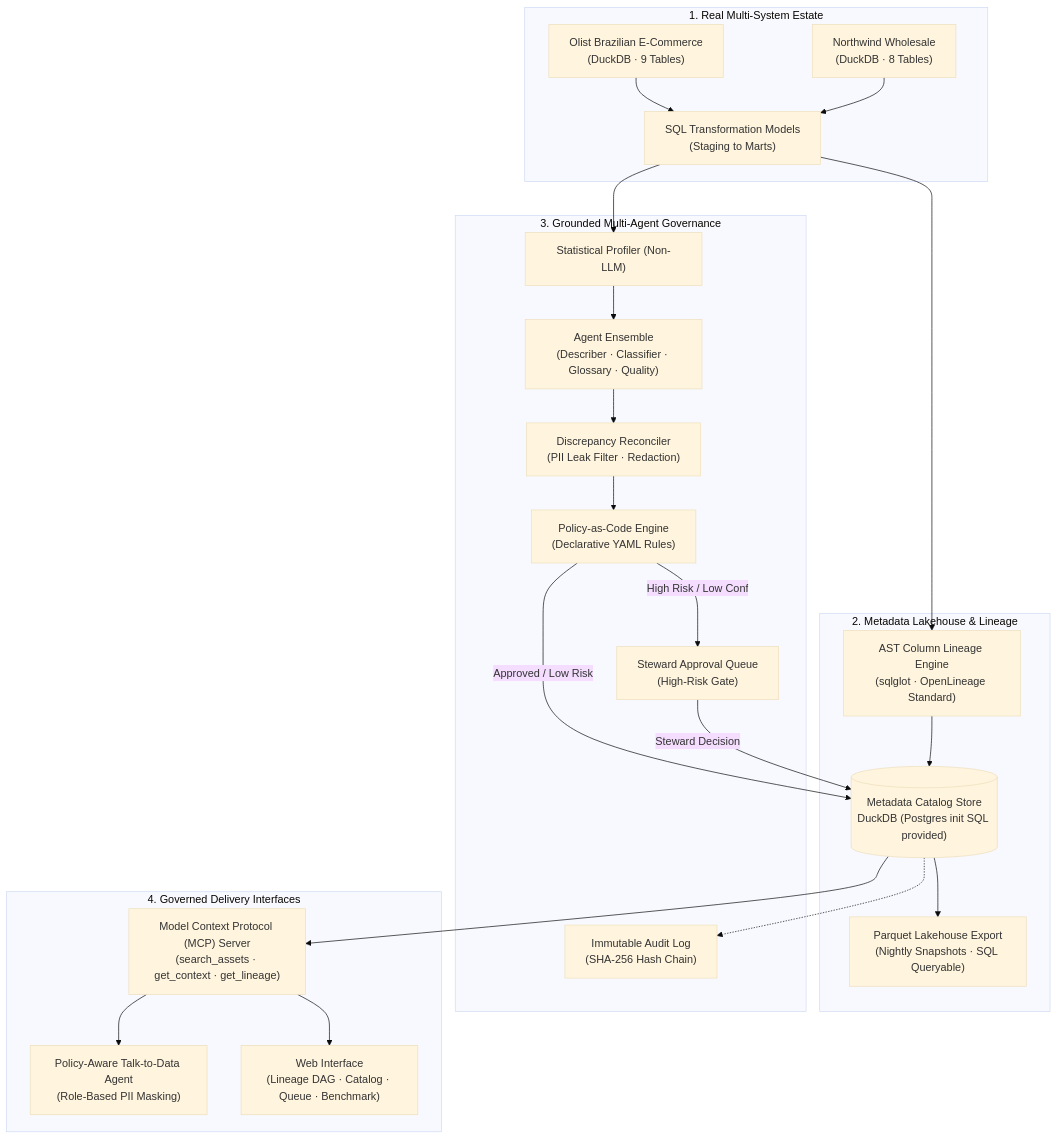
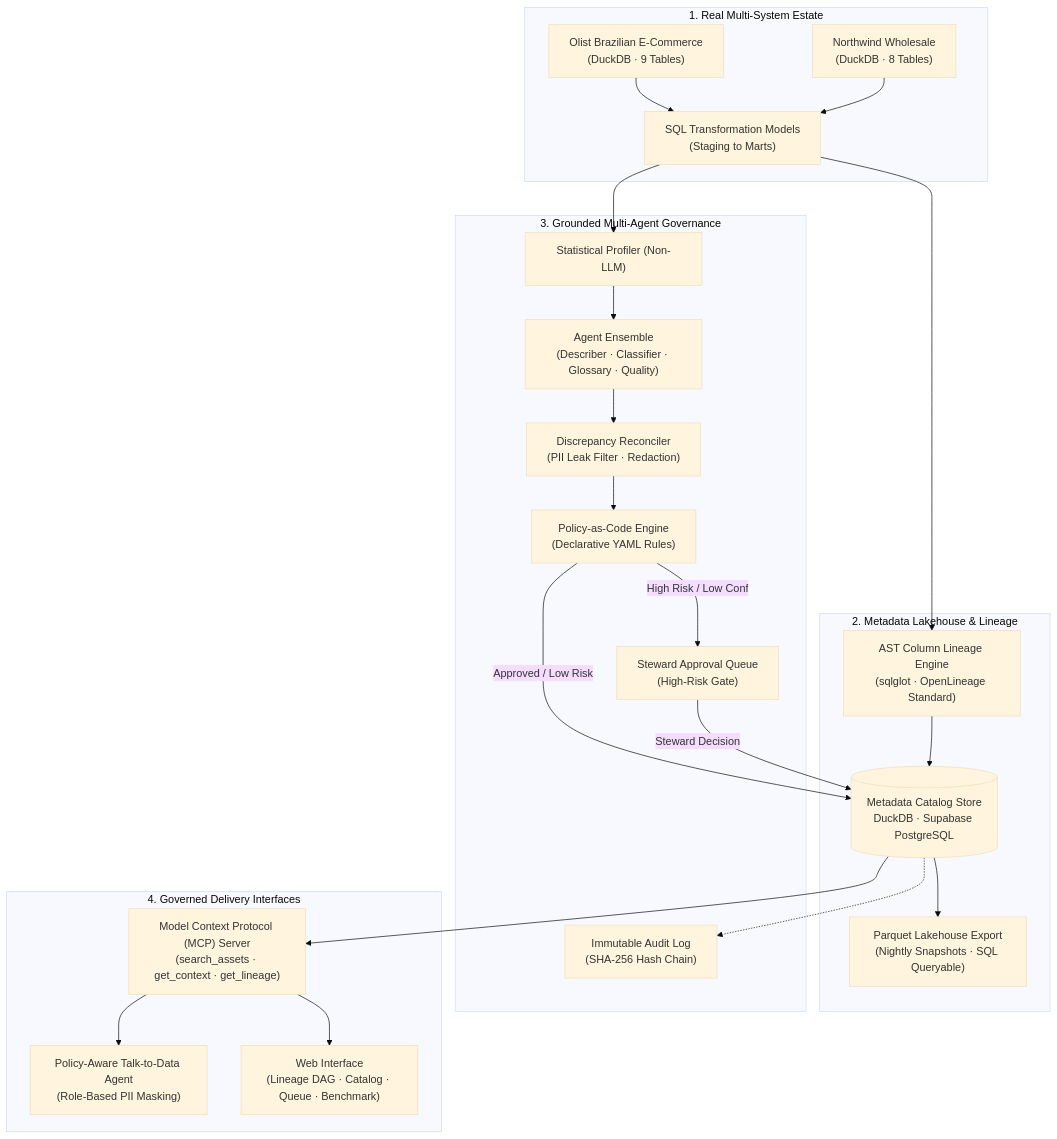
Before and after one commit to Susil-commits/CForge: the second of 2 diagrams in README.md, drawn with Mermaid (base theme). The commit also changed other lines of this file, not shown here.

Commit message:
docs(readme): fix Mermaid diagram parse error and remove video ad references

````diff
--- a/README.md
+++ b/README.md
@@ -125,47 +122,47 @@
 ```mermaid
 flowchart TB
     subgraph S1 ["1. Real Multi-System Estate"]
         Olist["Olist Brazilian E-Commerce<br/>(DuckDB · 9 Tables)"]
         Northwind["Northwind Wholesale<br/>(DuckDB · 8 Tables)"]
         Transform["SQL Transformation Models<br/>(Staging to Marts)"]
         Olist --> Transform
         Northwind --> Transform
     end
 
     subgraph S2 ["2. Metadata Lakehouse & Lineage"]
-        Store[("Metadata Catalog Store<br/>DuckDB (Postgres init SQL provided)")]
+        Store[("Metadata Catalog Store<br/>DuckDB · Supabase PostgreSQL")]
         Parser["AST Column Lineage Engine<br/>(sqlglot · OpenLineage Standard)"]
         Lakehouse["Parquet Lakehouse Export<br/>(Nightly Snapshots · SQL Queryable)"]
         Transform --> Parser
         Parser --> Store
         Store --> Lakehouse
     end
 
     subgraph S3 ["3. Grounded Multi-Agent Governance"]
         Profiler["Statistical Profiler (Non-LLM)"]
         Agents["Agent Ensemble<br/>(Describer · Classifier · Glossary · Quality)"]
         Reconciler["Discrepancy Reconciler<br/>(PII Leak Filter · Redaction)"]
         PolicyEngine["Policy-as-Code Engine<br/>(Declarative YAML Rules)"]
         Queue["Steward Approval Queue<br/>(High-Risk Gate)"]
         Audit["Immutable Audit Log<br/>(SHA-256 Hash Chain)"]
 
         Transform --> Profiler
         Profiler --> Agents
         Agents --> Reconciler
         Reconciler --> PolicyEngine
         PolicyEngine -->|Approved / Low Risk| Store
         PolicyEngine -->|High Risk / Low Conf| Queue
         Queue -->|Steward Decision| Store
         Store -.-> Audit
     end
 
     subgraph S4 ["4. Governed Delivery Interfaces"]
         MCPServer["Model Context Protocol (MCP) Server<br/>(search_assets · get_context · get_lineage)"]
         Agent["Policy-Aware Talk-to-Data Agent<br/>(Role-Based PII Masking)"]
         UI["Web Interface<br/>(Lineage DAG · Catalog · Queue · Benchmark)"]
 
         Store --> MCPServer
         MCPServer --> Agent
         MCPServer --> UI
     end
 ```
````
